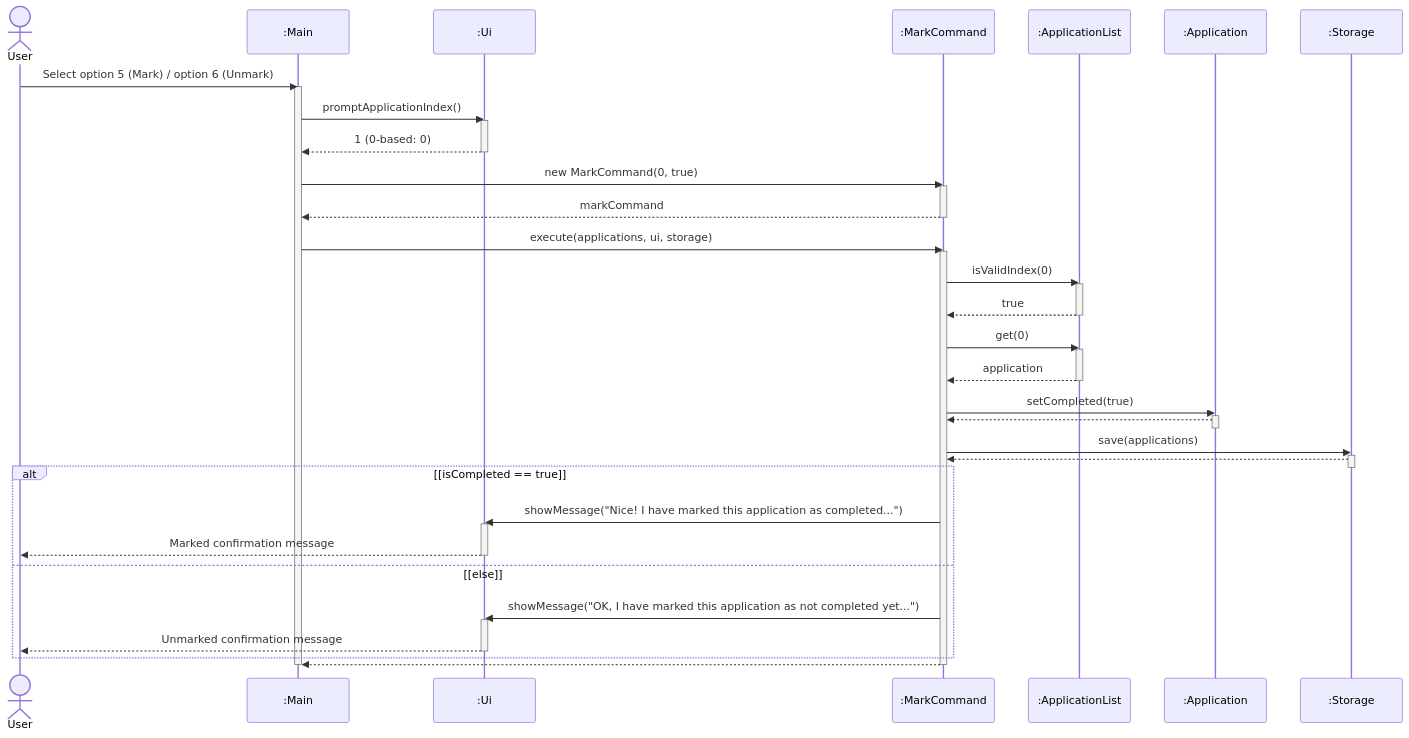
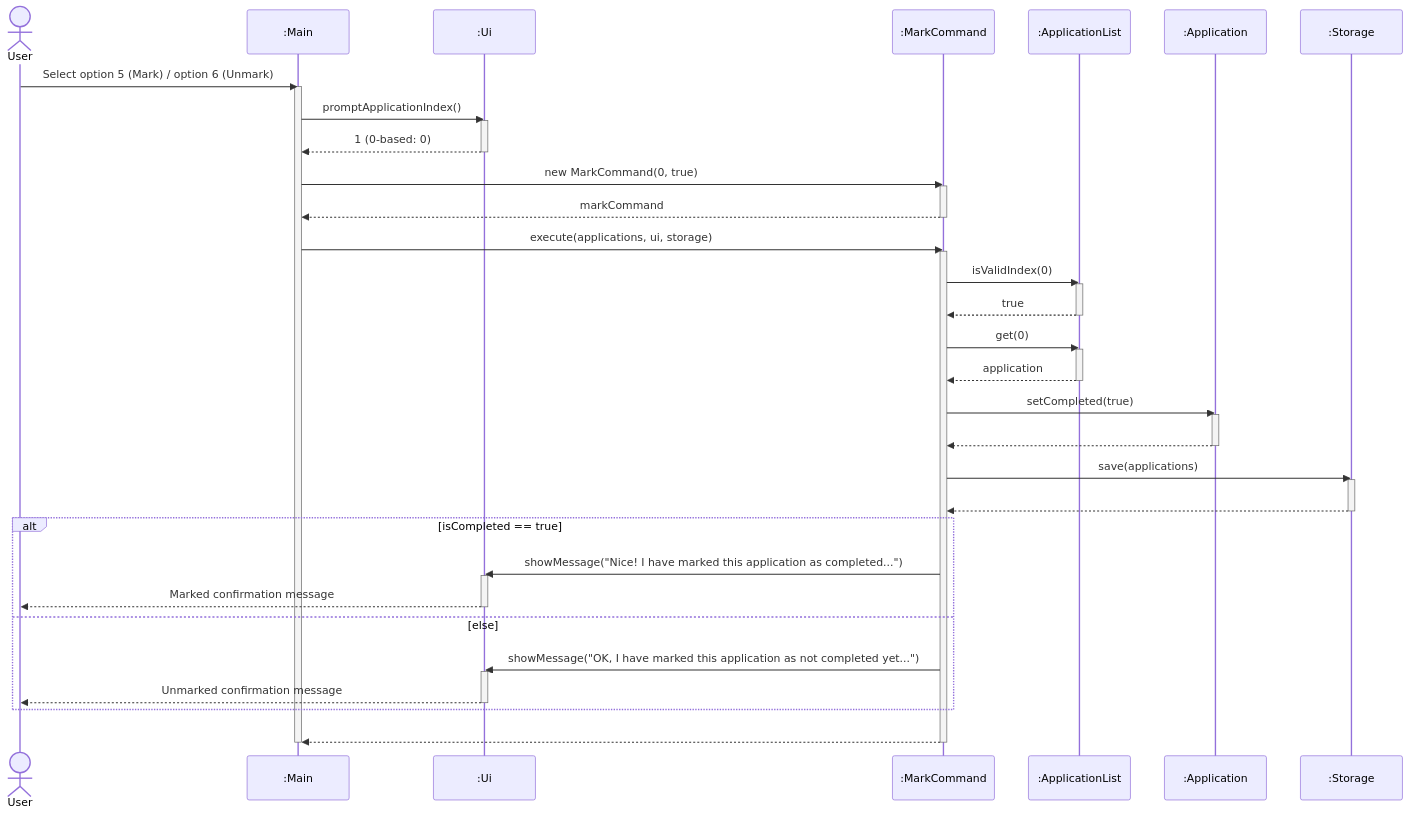
Before and after one commit to AY2627S1-CS2113-T10-2/tp: the tenth of 22 diagrams in docs/DeveloperGuide.md, drawn with Mermaid. The commit also changed other lines of this file, not shown here.

First line of the commit message:
docs: align sequence return arrows and enhance class diagram resolution

````diff
--- a/docs/DeveloperGuide.md
+++ b/docs/DeveloperGuide.md
@@ -538,55 +592,59 @@
 ```mermaid
+---
+config:
+  themeCSS: ".actor-line { stroke-dasharray: 4, 4 !important; } line.loopLine:not([style*='stroke-dasharray']) { stroke-dasharray: none !important; }"
+---
 sequenceDiagram
     actor user as User
     participant main as :Main
     participant ui as :Ui
     participant cmd as :MarkCommand
     participant list as :ApplicationList
     participant app as :Application
     participant storage as :Storage
 
     user->>main: Select option 5 (Mark) / option 6 (Unmark)
     activate main
     main->>ui: promptApplicationIndex()
     activate ui
     ui-->>main: 1 (0-based: 0)
     deactivate ui
     main->>cmd: new MarkCommand(0, true)
     activate cmd
     cmd-->>main: markCommand
     deactivate cmd
     main->>cmd: execute(applications, ui, storage)
     activate cmd
     cmd->>list: isValidIndex(0)
     activate list
     list-->>cmd: true
     deactivate list
     cmd->>list: get(0)
     activate list
     list-->>cmd: application
     deactivate list
     cmd->>app: setCompleted(true)
     activate app
-    app-->>cmd: 
+    app-->>cmd: ​
     deactivate app
     cmd->>storage: save(applications)
     activate storage
-    storage-->>cmd: 
+    storage-->>cmd: ​
     deactivate storage
 
-    alt [isCompleted == true]
+    alt isCompleted == true
         cmd->>ui: showMessage("Nice! I have marked this application as completed...")
         activate ui
         ui-->>user: Marked confirmation message
         deactivate ui
-    else [else]
+    else else
         cmd->>ui: showMessage("OK, I have marked this application as not completed yet...")
         activate ui
         ui-->>user: Unmarked confirmation message
         deactivate ui
     end
 
-    cmd-->>main: 
+    cmd-->>main: ​
     deactivate cmd
     deactivate main
 ```
````
